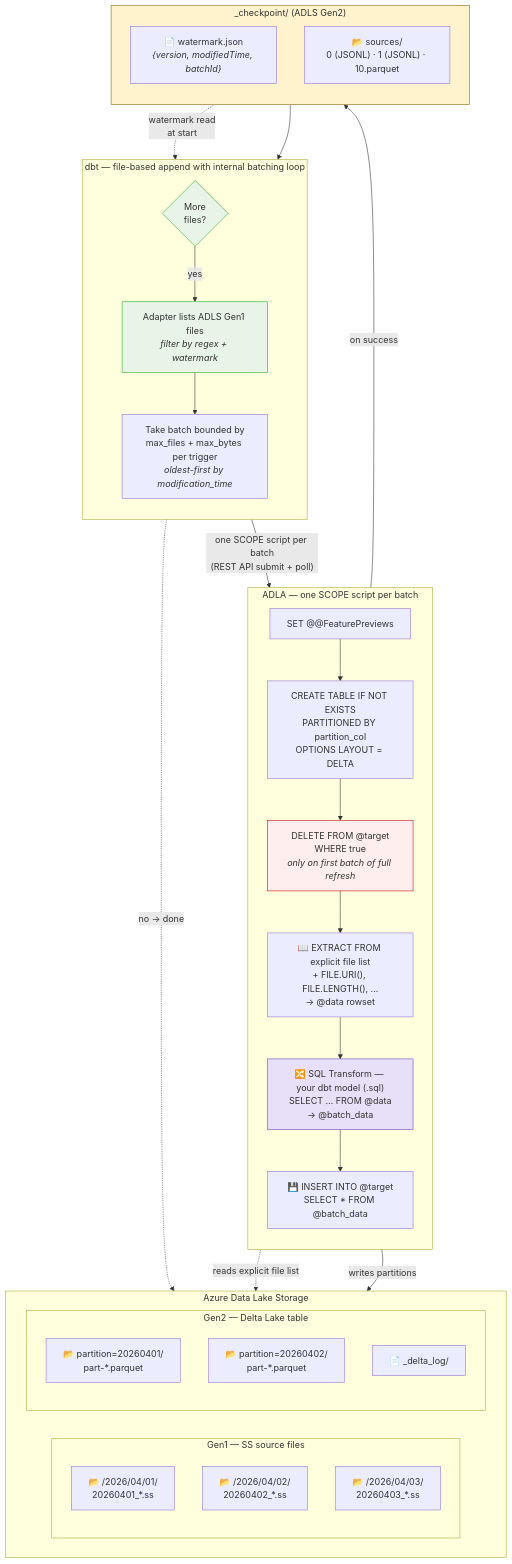
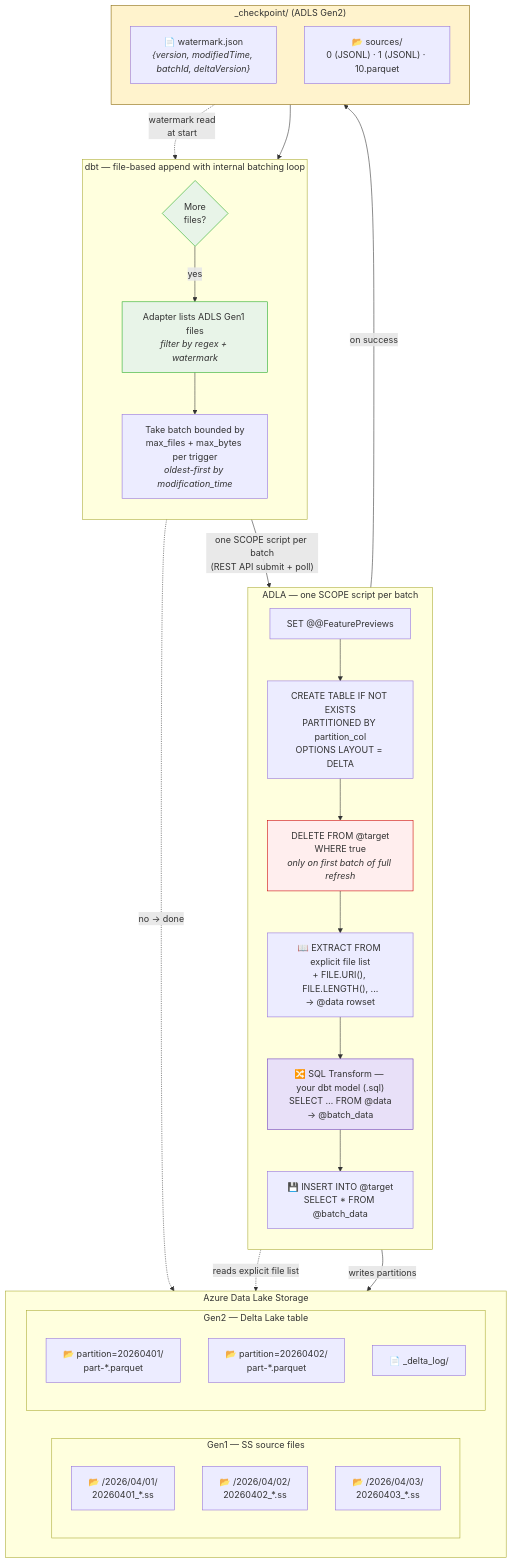
The diagram in README.md (microsoft/dbt-scope), drawn with Mermaid before and after one commit. The commit also changed other lines of this file and 16 other files, not shown here.

````diff
--- a/README.md
+++ b/README.md
@@ -67,58 +88,58 @@
 ```mermaid
 flowchart TB
     subgraph dbt["dbt — file-based append with internal batching loop"]
         direction TB
         Discover["Adapter lists ADLS Gen1 files<br/><i>filter by regex + watermark</i>"]
         Batch["Take batch bounded by<br/>max_files + max_bytes per trigger<br/><i>oldest-first by modification_time</i>"]
         More{"More<br/>files?"}
         Discover --> Batch
     end
 
     subgraph ADLA["ADLA — one SCOPE script per batch"]
         direction TB
         S1["SET @@FeaturePreviews"]
         DDL["CREATE TABLE IF NOT EXISTS<br/>PARTITIONED BY partition_col<br/>OPTIONS LAYOUT = DELTA"]
         DEL["DELETE FROM @target<br/>WHERE true<br/><i>only on first batch of full refresh</i>"]
         EXT["📖 EXTRACT FROM explicit file list<br/>+ FILE.URI(), FILE.LENGTH(), ...<br/>→ @data rowset"]
         TX["🔀 SQL Transform — your dbt model (.sql)<br/>SELECT … FROM @data<br/>→ @batch_data"]
         INS["💾 INSERT INTO @target<br/>SELECT * FROM @batch_data"]
         S1 --> DDL --> DEL --> EXT --> TX --> INS
     end
 
     subgraph Checkpoint["_checkpoint/ (ADLS Gen2)"]
         direction TB
-        WM["📄 watermark.json<br/><i>{version, modifiedTime, batchId}</i>"]
+        WM["📄 watermark.json<br/><i>{version, modifiedTime, batchId, deltaVersion}</i>"]
         SRC["📂 sources/<br/>0 (JSONL) · 1 (JSONL) · 10.parquet"]
     end
 
     subgraph Storage["Azure Data Lake Storage"]
         direction LR
         subgraph Sources["Gen1 — SS source files"]
             direction TB
             SS1["📂 /2026/04/01/<br/>20260401_*.ss"]
             SS2["📂 /2026/04/02/<br/>20260402_*.ss"]
             SS3["📂 /2026/04/03/<br/>20260403_*.ss"]
         end
         subgraph Target["Gen2 — Delta Lake table"]
             direction TB
             P1["📂 partition=20260401/<br/>part-*.parquet"]
             P2["📂 partition=20260402/<br/>part-*.parquet"]
             DL["📄 _delta_log/"]
         end
     end
 
     Batch -- "one SCOPE script per batch<br/>(REST API submit + poll)" --> ADLA
     EXT -. "reads explicit file list" .-> Sources
     INS -- "writes partitions" --> Target
     ADLA -- "on success" --> Checkpoint
     Checkpoint -. "watermark read<br/>at start" .-> Discover
     Checkpoint --> More
     More -- "yes" --> Discover
     More -. "no → done" .-> Target
 
     style DEL fill:#fee,stroke:#c00
     style TX fill:#e8e0f8,stroke:#6a3cbc
     style Discover fill:#e8f4e8,stroke:#2a2
     style Checkpoint fill:#fff3cd,stroke:#856404
     style More fill:#e8f4e8,stroke:#2a2
 ```
````
